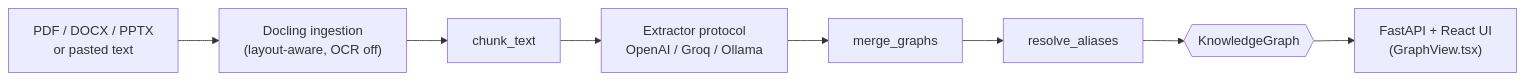
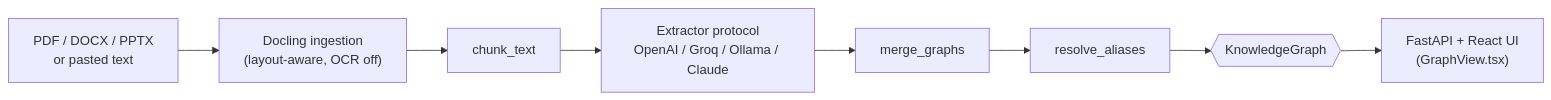
The diagram in README.md (Tarek-yagami/InkMap), drawn with Mermaid before and after one commit. The commit also changed other lines of this file and 12 other files, not shown here.

First line of the commit message:
Add Claude as a second, non-OpenAI-compatible provider

````diff
--- a/README.md
+++ b/README.md
@@ -13,10 +13,10 @@
 ```mermaid
 flowchart LR
     A["PDF / DOCX / PPTX<br/>or pasted text"] --> B["Docling ingestion<br/>(layout-aware, OCR off)"]
     B --> C[chunk_text]
-    C --> D["Extractor protocol<br/>OpenAI / Groq / Ollama"]
+    C --> D["Extractor protocol<br/>OpenAI / Groq / Ollama / Claude"]
     D --> E[merge_graphs]
     E --> F[resolve_aliases]
     F --> G{{KnowledgeGraph}}
     G --> H["FastAPI + React UI<br/>(GraphView.tsx)"]
 ```
````
